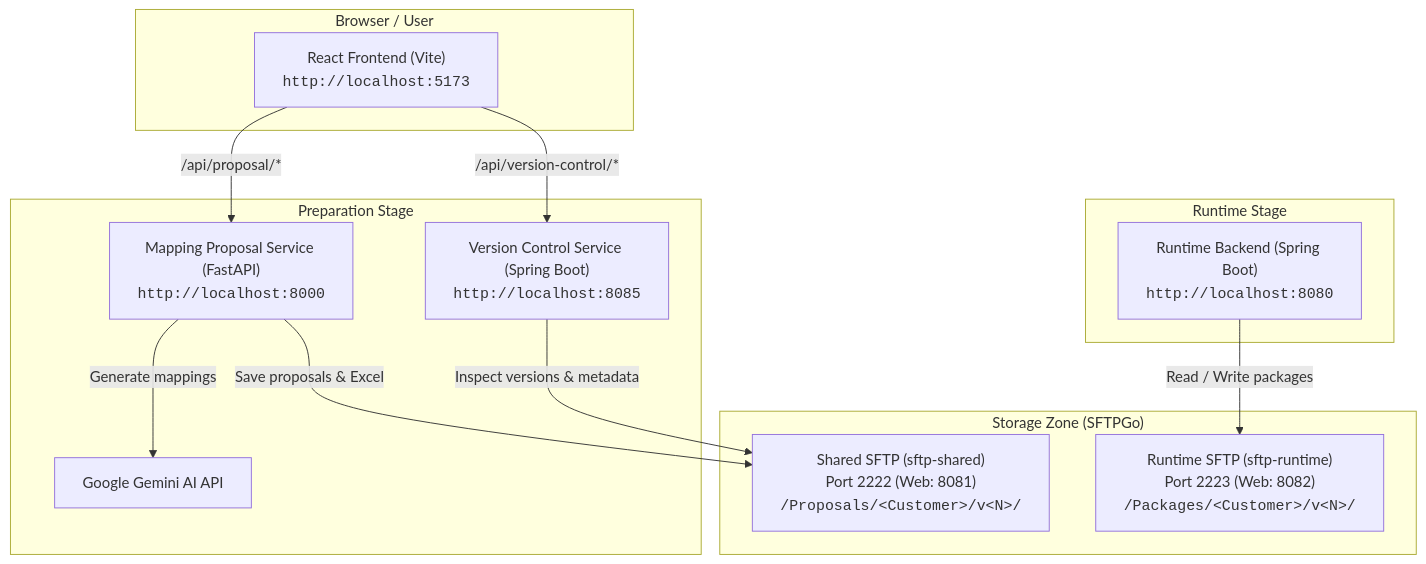
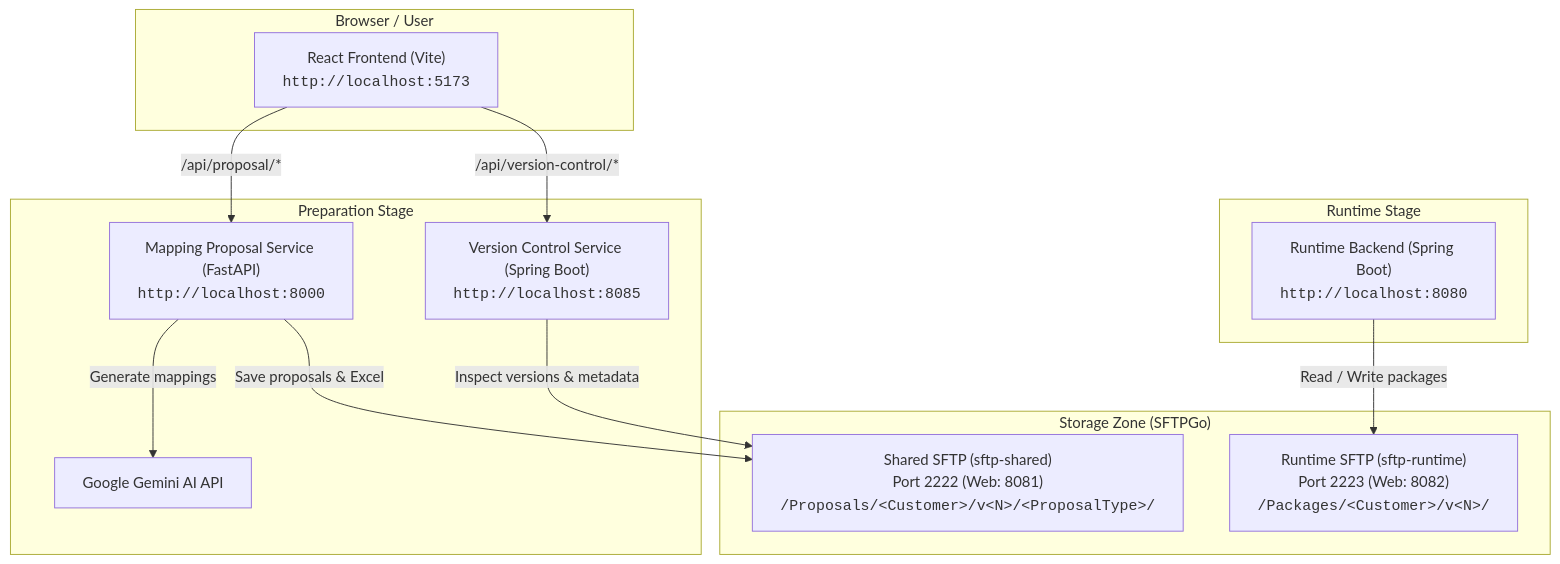
Before and after one commit to Bytser-com/Essers_Mapping: the diagram in README.md, drawn with Mermaid. The commit also changed 1 other file, not shown here.

Commit message:
docs: update proposalType and SFTP path in READMEs
Update root and Version_Control README documentation to reflect the new
/Proposals/<customer>/v<N>/<proposalType>/ directory hierarchy and the
proposalType field across all endpoints.

- Update system architecture diagram in root README.md
- Document proposalType subdirectory hierarchy and companion metadata
- Update endpoint reference for GET, PUT, POST, and DELETE /proposals
  with required proposalType parameter and schema examples

````diff
--- a/README.md
+++ b/README.md
@@ -9,30 +9,30 @@
 ```mermaid
 flowchart TD
     subgraph Client ["Browser / User"]
         UI["React Frontend (Vite)<br/><code>http://localhost:5173</code>"]
     end
 
     subgraph PreparationZone ["Preparation Stage"]
         MP["Mapping Proposal Service (FastAPI)<br/><code>http://localhost:8000</code>"]
         VC["Version Control Service (Spring Boot)<br/><code>http://localhost:8085</code>"]
         Gemini["Google Gemini AI API"]
     end
 
     subgraph StorageZone ["Storage Zone (SFTPGo)"]
-        SharedSFTP["Shared SFTP (sftp-shared)<br/>Port 2222 (Web: 8081)<br/><code>/Proposals/&lt;Customer&gt;/v&lt;N&gt;/</code>"]
+        SharedSFTP["Shared SFTP (sftp-shared)<br/>Port 2222 (Web: 8081)<br/><code>/Proposals/&lt;Customer&gt;/v&lt;N&gt;/&lt;ProposalType&gt;/</code>"]
         RuntimeSFTP["Runtime SFTP (sftp-runtime)<br/>Port 2223 (Web: 8082)<br/><code>/Packages/&lt;Customer&gt;/v&lt;N&gt;/</code>"]
     end
 
     subgraph RuntimeZone ["Runtime Stage"]
         RT["Runtime Backend (Spring Boot)<br/><code>http://localhost:8080</code>"]
     end
 
     UI -->|"/api/proposal/*"| MP
     UI -->|"/api/version-control/*"| VC
 
     MP -->|"Generate mappings"| Gemini
     MP -->|"Save proposals & Excel"| SharedSFTP
 
     VC -->|"Inspect versions & metadata"| SharedSFTP
     RT -->|"Read / Write packages"| RuntimeSFTP
 ```
````
